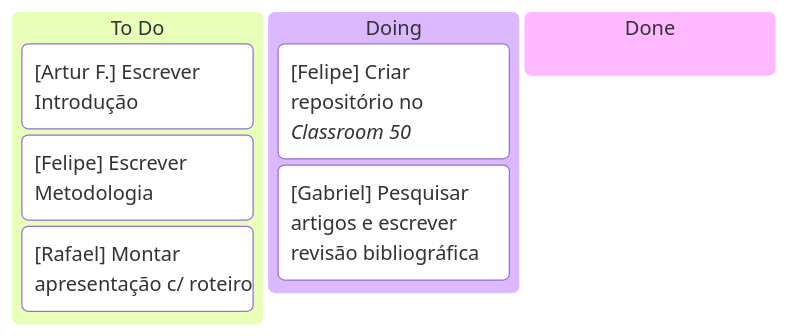
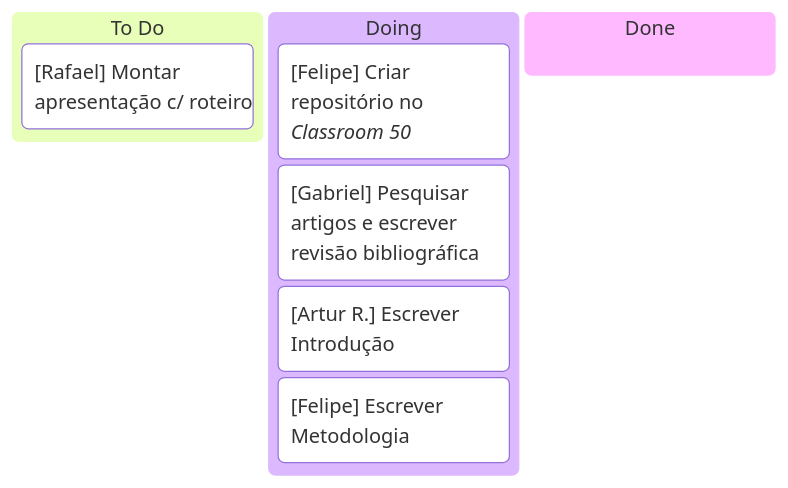
The diagram in README.md (arturmartinho/Trabalho-Interdiciplinar-5), drawn with Mermaid before and after one commit. The commit also changed 2 other files, not shown here.

Commit message:
chore: article and README update

````diff
--- a/README.md
+++ b/README.md
@@ -11,11 +11,11 @@
 ```mermaid
 kanban
     todo[To Do]
-        s01t03["[Artur F.] Escrever Introdução"]
-        s01t04["[Felipe] Escrever Metodologia"]
         s01t05["[Rafael] Montar apresentação c/ roteiro"]
     doing[Doing]
         s01t01["[Felipe] Criar repositório no _Classroom 50_"]
         s01t02["[Gabriel] Pesquisar artigos e escrever revisão bibliográfica"]
+        s01t03["[Artur R.] Escrever Introdução"]
+        s01t04["[Felipe] Escrever Metodologia"]
     done[Done]
 ```
````
